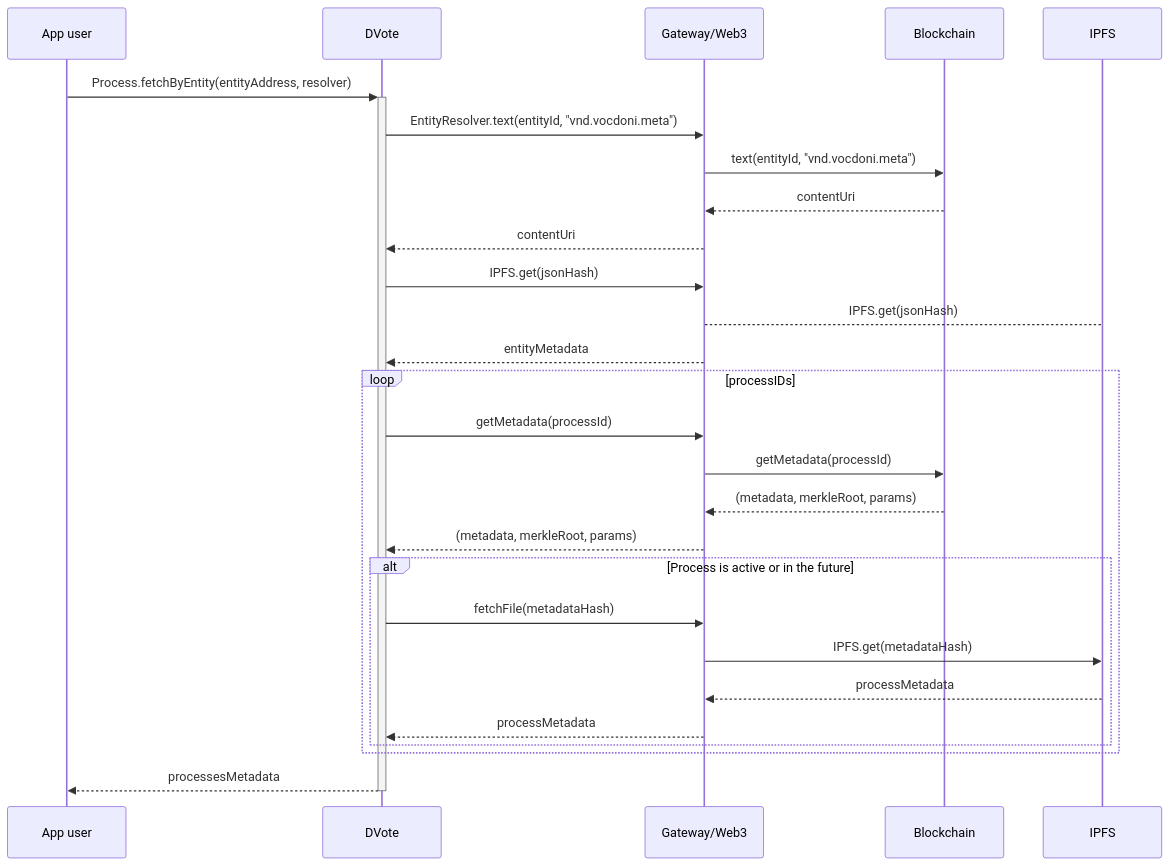
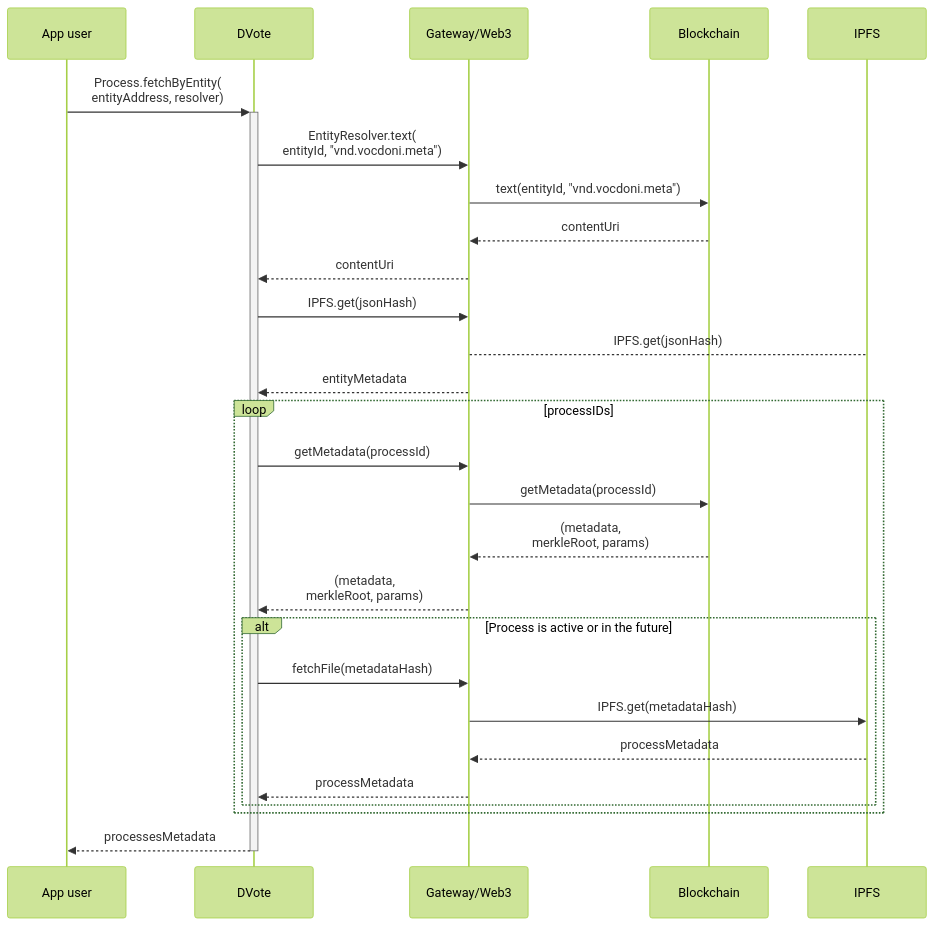
One commit to vocdoni/docs changed the fifth of 10 diagrams in src/architecture/sequence-diagrams.md. Above: the diagram before and after it, drawn with Mermaid. The commit also changed other lines of this file and 1 other file, not shown here.

Commit message:
Improve mermaid sequence diagrams

````diff
--- a/src/architecture/sequence-diagrams.md
+++ b/src/architecture/sequence-diagrams.md
@@ -194,36 +195,37 @@
 ```mermaid
+%%{init: {'theme':'forest'}}%%
 sequenceDiagram
     participant App as App user
     participant DV as DVote
     participant GW as Gateway/Web3
     participant BC as Blockchain
     participant IPFS as IPFS
 
-    App->>+DV: Process.fetchByEntity(entityAddress, resolver)
+    App->>+DV: Process.fetchByEntity(<br/>entityAddress, resolver)
 
-        DV->>GW: EntityResolver.text(entityId, "vnd.vocdoni.meta")
+        DV->>GW: EntityResolver.text(<br/>entityId, "vnd.vocdoni.meta")
             GW->>BC: text(entityId, "vnd.vocdoni.meta")
             BC-->>GW: contentUri
         GW-->>DV: contentUri
 
         DV->>GW: IPFS.get(jsonHash)
             GW-->IPFS: IPFS.get(jsonHash)
         GW-->>DV: entityMetadata
 
         loop processIDs
 
             DV->>GW: getMetadata(processId)
                 GW->>BC: getMetadata(processId)
-                BC-->>GW: (metadata, merkleRoot, params)
-            GW-->>DV: (metadata, merkleRoot, params)
+                BC-->>GW: (metadata,<br/> merkleRoot, params)
+            GW-->>DV: (metadata,<br/> merkleRoot, params)
 
             alt Process is active or in the future
                 DV->>GW: fetchFile(metadataHash)
                 GW->>IPFS: IPFS.get(metadataHash)
                 IPFS-->>GW: processMetadata
                 GW-->>DV: processMetadata
             end
         end
 
     DV-->>-App: processesMetadata
 ```
````
